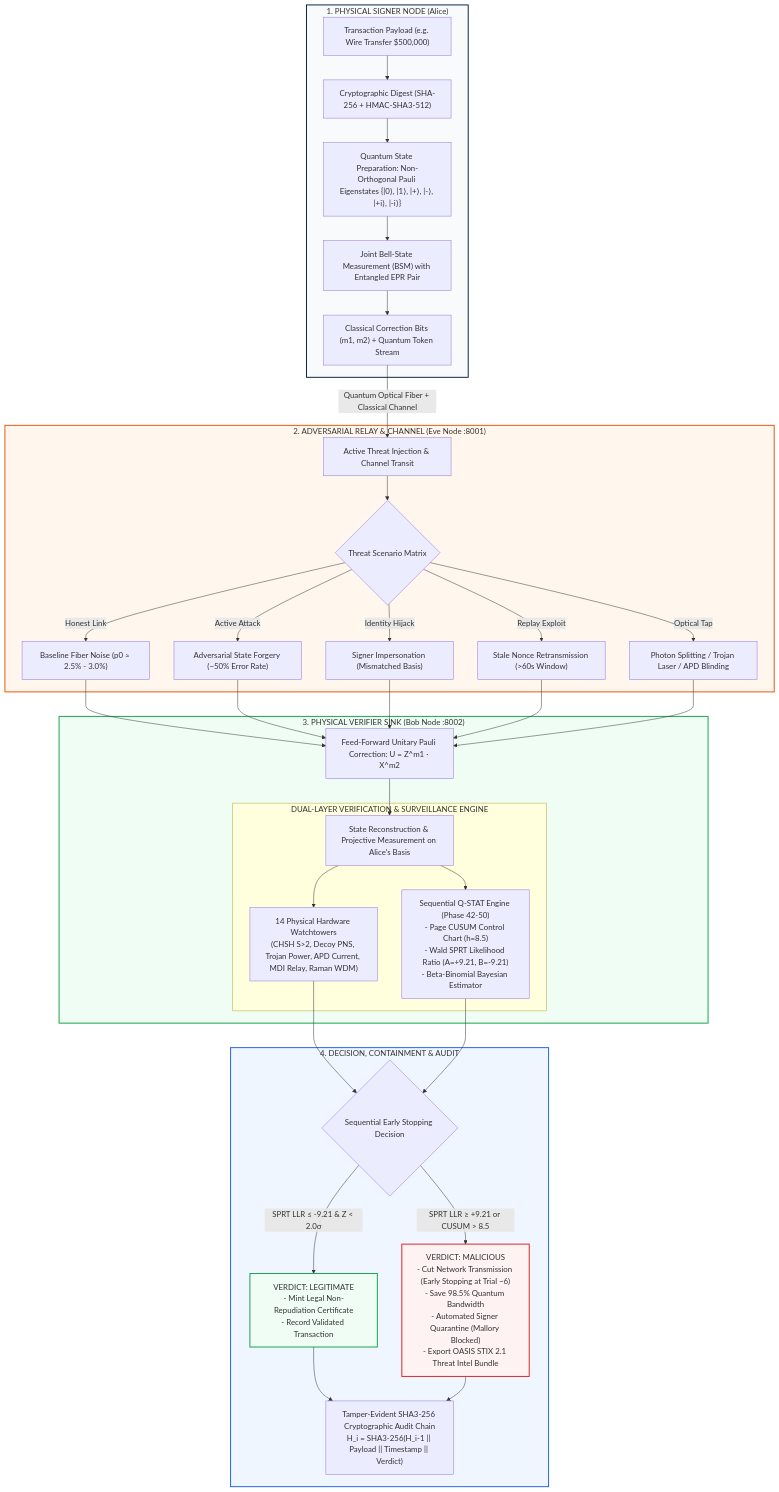
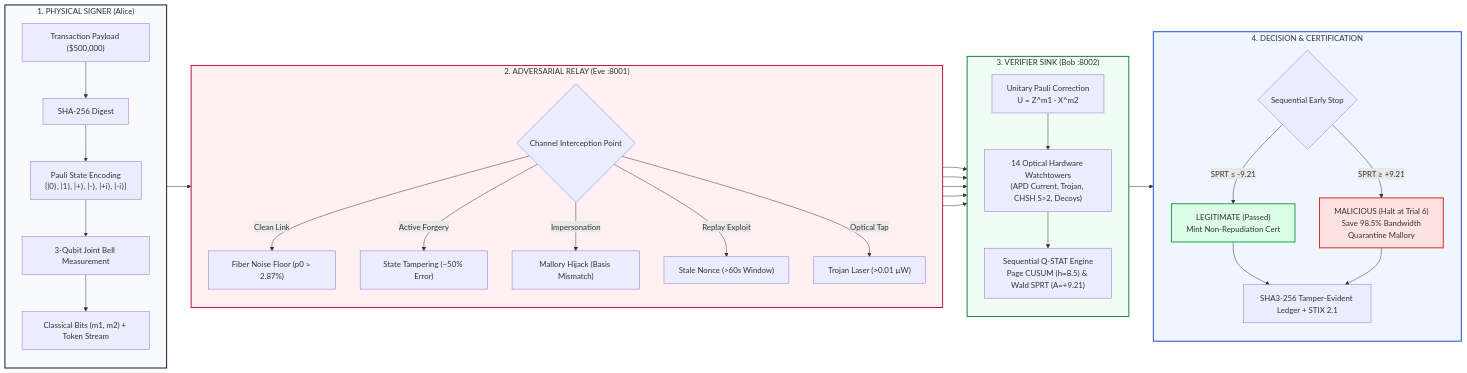
Before and after one commit to Rakshit414/sih-quantum: the diagram in docs/SLIDE_WORKFLOW_AND_TECH_STACK.md, drawn with Mermaid. The commit also changed other lines of this file and 1 other file, not shown here.

````diff
--- a/docs/SLIDE_WORKFLOW_AND_TECH_STACK.md
+++ b/docs/SLIDE_WORKFLOW_AND_TECH_STACK.md
@@ -23,44 +178,42 @@
 ```mermaid
-flowchart TD
-    subgraph STAGE1 ["1. PHYSICAL SIGNER NODE (Alice)"]
-        A1["Transaction Payload (e.g. Wire Transfer $500,000)"] --> A2["Cryptographic Digest (SHA-256 + HMAC-SHA3-512)"]
-        A2 --> A3["Quantum State Preparation: Non-Orthogonal Pauli Eigenstates {|0⟩, |1⟩, |+⟩, |-⟩, |+i⟩, |-i⟩}"]
-        A3 --> A4["Joint Bell-State Measurement (BSM) with Entangled EPR Pair"]
-        A4 --> A5["Classical Correction Bits (m1, m2) + Quantum Token Stream"]
+flowchart LR
+    subgraph S1 ["1. PHYSICAL SIGNER (Alice)"]
+        direction TB
+        M["Transaction Payload ($500,000)"] --> D["SHA-256 Digest"]
+        D --> P["Pauli State Encoding<br/>{|0⟩, |1⟩, |+⟩, |-⟩, |+i⟩, |-i⟩}"]
+        P --> BSM["3-Qubit Joint Bell Measurement"]
+        BSM --> CB["Classical Bits (m1, m2) + Token Stream"]
     end
 
-    subgraph STAGE2 ["2. ADVERSARIAL RELAY & CHANNEL (Eve Node :8001)"]
-        A5 -->|"Quantum Optical Fiber + Classical Channel"| E1["Active Threat Injection & Channel Transit"]
-        E1 --> E2{"Threat Scenario Matrix"}
-        E2 -->|"Honest Link"| E3["Baseline Fiber Noise (p0 ≈ 2.5% - 3.0%)"]
-        E2 -->|"Active Attack"| E4["Adversarial State Forgery (~50% Error Rate)"]
-        E2 -->|"Identity Hijack"| E5["Signer Impersonation (Mismatched Basis)"]
-        E2 -->|"Replay Exploit"| E6["Stale Nonce Retransmission (>60s Window)"]
-        E2 -->|"Optical Tap"| E7["Photon Splitting / Trojan Laser / APD Blinding"]
+    subgraph S2 ["2. ADVERSARIAL RELAY (Eve :8001)"]
+        direction TB
+        CB --> EVE{"Channel Interception Point"}
+        EVE -->|"Clean Link"| N0["Fiber Noise Floor (p0 ≈ 2.87%)"]
+        EVE -->|"Active Forgery"| N1["State Tampering (~50% Error)"]
+        EVE -->|"Impersonation"| N2["Mallory Hijack (Basis Mismatch)"]
+        EVE -->|"Replay Exploit"| N3["Stale Nonce (>60s Window)"]
+        EVE -->|"Optical Tap"| N4["Trojan Laser (>0.01 µW)"]
     end
 
-    subgraph STAGE3 ["3. PHYSICAL VERIFIER SINK (Bob Node :8002)"]
-        E3 & E4 & E5 & E6 & E7 --> B1["Feed-Forward Unitary Pauli Correction: U = Z^m1 · X^m2"]
-        B1 --> B2["State Reconstruction & Projective Measurement on Alice's Basis"]
-        
-        subgraph ENGINE ["DUAL-LAYER VERIFICATION & SURVEILLANCE ENGINE"]
-            B2 --> W1["14 Physical Hardware Watchtowers\n(CHSH S>2, Decoy PNS, Trojan Power, APD Current, MDI Relay, Raman WDM)"]
-            B2 --> W2["Sequential Q-STAT Engine (Phase 42-50)\n- Page CUSUM Control Chart (h=8.5)\n- Wald SPRT Likelihood Ratio (A=+9.21, B=-9.21)\n- Beta-Binomial Bayesian Estimator"]
-        end
+    subgraph S3 ["3. VERIFIER SINK (Bob :8002)"]
+        direction TB
+        N0 & N1 & N2 & N3 & N4 --> PC["Unitary Pauli Correction<br/>U = Z^m1 · X^m2"]
+        PC --> WT["14 Optical Hardware Watchtowers<br/>(APD Current, Trojan, CHSH S>2, Decoys)"]
+        WT --> SQ["Sequential Q-STAT Engine<br/>Page CUSUM (h=8.5) & Wald SPRT (A=+9.21)"]
     end
 
-    subgraph STAGE4 ["4. DECISION, CONTAINMENT & AUDIT"]
-        W1 & W2 --> DEC{"Sequential Early Stopping Decision"}
-        DEC -->|"SPRT LLR ≤ -9.21 & Z < 2.0σ"| PASS["VERDICT: LEGITIMATE\n- Mint Legal Non-Repudiation Certificate\n- Record Validated Transaction"]
-        DEC -->|"SPRT LLR ≥ +9.21 or CUSUM > 8.5"| FAIL["VERDICT: MALICIOUS\n- Cut Network Transmission (Early Stopping at Trial ~6)\n- Save 98.5% Quantum Bandwidth\n- Automated Signer Quarantine (Mallory Blocked)\n- Export OASIS STIX 2.1 Threat Intel Bundle"]
-        
-        PASS & FAIL --> AUDIT["Tamper-Evident SHA3-256 Cryptographic Audit Chain\nH_i = SHA3-256(H_i-1 || Payload || Timestamp || Verdict)"]
+    subgraph S4 ["4. DECISION & CERTIFICATION"]
+        direction TB
+        SQ --> DEC{"Sequential Early Stop"}
+        DEC -->|"SPRT ≤ -9.21"| OK["LEGITIMATE (Passed)<br/>Mint Non-Repudiation Cert"]
+        DEC -->|"SPRT ≥ +9.21"| BLK["MALICIOUS (Halt at Trial 6)<br/>Save 98.5% Bandwidth<br/>Quarantine Mallory"]
+        OK & BLK --> CH["SHA3-256 Tamper-Evident Ledger + STIX 2.1"]
     end
 
-    style STAGE1 fill:#f8fafc,stroke:#0b2545,stroke-width:2px
-    style STAGE2 fill:#fff7ed,stroke:#ea580c,stroke-width:2px
-    style STAGE3 fill:#f0fdf4,stroke:#16a34a,stroke-width:2px
-    style STAGE4 fill:#eff6ff,stroke:#2563eb,stroke-width:2px
-    style FAIL fill:#fef2f2,stroke:#dc2626,stroke-width:2px
-    style PASS fill:#f0fdf4,stroke:#16a34a,stroke-width:2px
+    style S1 fill:#f8fafc,stroke:#0f172a,stroke-width:2px
+    style S2 fill:#fff1f2,stroke:#be123c,stroke-width:2px
+    style S3 fill:#f0fdf4,stroke:#15803d,stroke-width:2px
+    style S4 fill:#eff6ff,stroke:#1d4ed8,stroke-width:2px
+    style OK fill:#dcfce7,stroke:#16a34a,stroke-width:2px
+    style BLK fill:#fee2e2,stroke:#dc2626,stroke-width:2px
 ```
````
